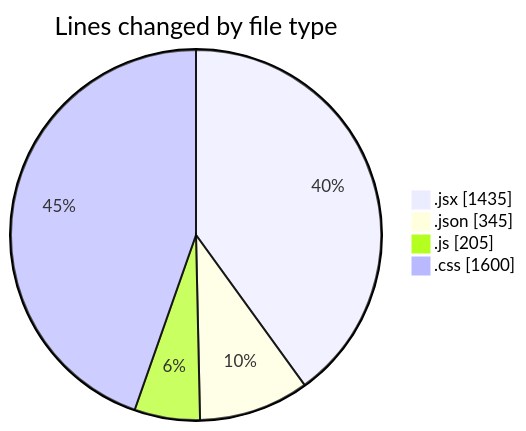
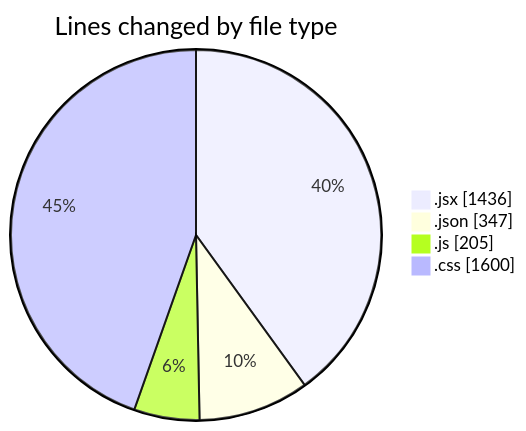
Before and after one commit to BS-eng2023/code-tracking: the first of 2 diagrams in 2025-05-04/project/README.md, drawn with Mermaid. The commit also changed other lines of this file and 1 other file, not shown here.

````diff
--- a/2025-05-04/project/README.md
+++ b/2025-05-04/project/README.md
@@ -40,8 +40,8 @@
 ```mermaid
 pie showData
 title Lines changed by file type
-".jsx" : 1435
-".json" : 345
+".jsx" : 1436
+".json" : 347
 ".js" : 205
 ".css" : 1600
 ```
````
